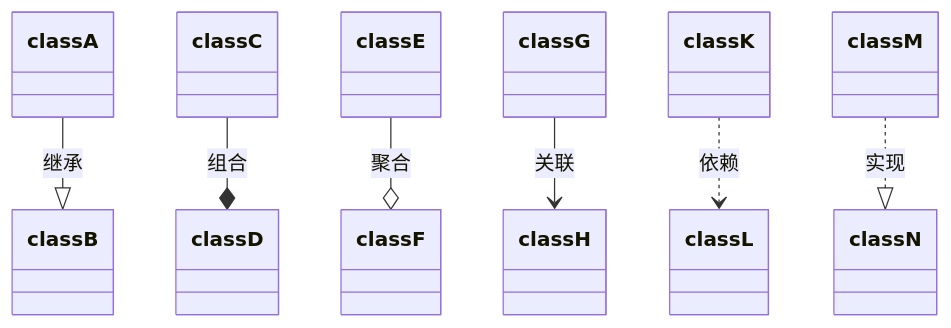
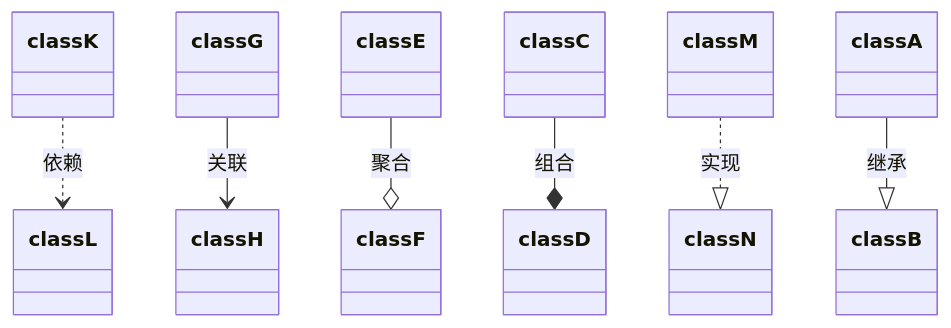
Before and after one commit to strongercjd/study_note: the fifth of 6 diagrams in 00-C++/04-设计模式/readme.md, drawn with Mermaid. The commit also changed other lines of this file and 1 other file, not shown here.

Commit message:
完善UML关系图

````diff
--- a/00-C++/04-设计模式/readme.md
+++ b/00-C++/04-设计模式/readme.md
@@ -97,9 +114,9 @@
 ```mermaid
  classDiagram
+ classK ..> classL : 依赖
+ classG --> classH : 关联
+ classE --o classF : 聚合
+ classC --* classD : 组合
+ classM ..|> classN : 实现
  classA --|> classB : 继承
- classC --* classD : 组合
- classE --o classF : 聚合
- classG --> classH : 关联
- classK ..> classL : 依赖
- classM ..|> classN : 实现
 ```
````
